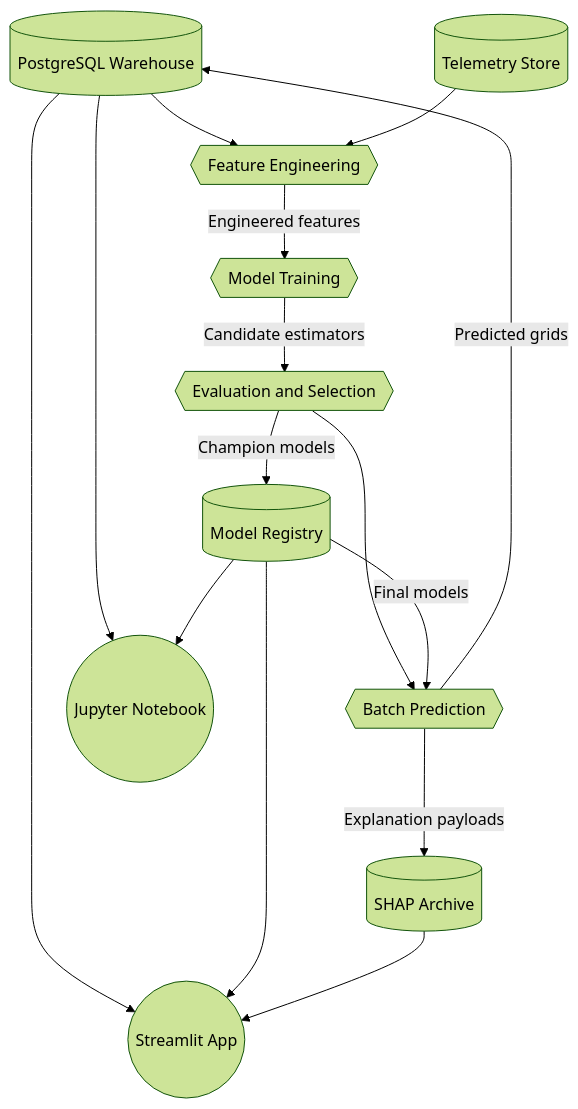
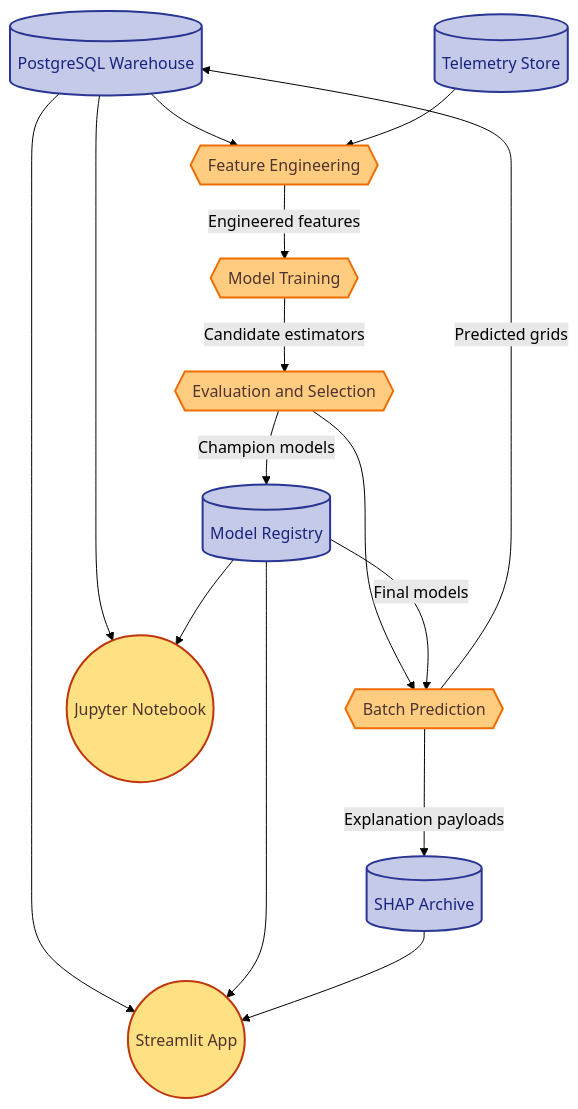
One commit to InatanayaXSk/F1_DB changed the third of 9 diagrams in docs/system_diagrams/data_flow_and_normalization.md. Above: the diagram before and after it, drawn with Mermaid (forest theme). The commit also changed other lines of this file and 24 other files, not shown here.

Commit message:
chore: updated codebase including the ER and dfd diagrams

````diff
--- a/docs/system_diagrams/data_flow_and_normalization.md
+++ b/docs/system_diagrams/data_flow_and_normalization.md
@@ -73,28 +91,35 @@
 ```mermaid
 flowchart TD
     D2[(PostgreSQL Warehouse)]
     D3[(Telemetry Store)]
     F1{{Feature Engineering}}
     F2{{Model Training}}
     F3{{Evaluation and Selection}}
     F4{{Batch Prediction}}
     D4[(Model Registry)]
     D5[(SHAP Archive)]
     UI((Streamlit App))
     NB((Jupyter Notebook))
 
     D2 --> F1
     D3 --> F1
     F1 -->|Engineered features| F2
     F2 -->|Candidate estimators| F3
     F3 -->|Champion models| D4
     F3 --> F4
     D4 -->|Final models| F4
     F4 -->|Predicted grids| D2
     F4 -->|Explanation payloads| D5
     D2 --> UI
     D4 --> UI
     D5 --> UI
     D2 --> NB
     D4 --> NB
+
+    classDef store fill:#c5cae9,stroke:#283593,stroke-width:2px,color:#1a237e;
+    classDef stage fill:#ffcc80,stroke:#ef6c00,stroke-width:2px,color:#4e342e;
+    classDef consumer fill:#ffe082,stroke:#bf360c,stroke-width:2px,color:#4e342e;
+    class D2,D3,D4,D5 store;
+    class F1,F2,F3,F4 stage;
+    class UI,NB consumer;
 ```
````
